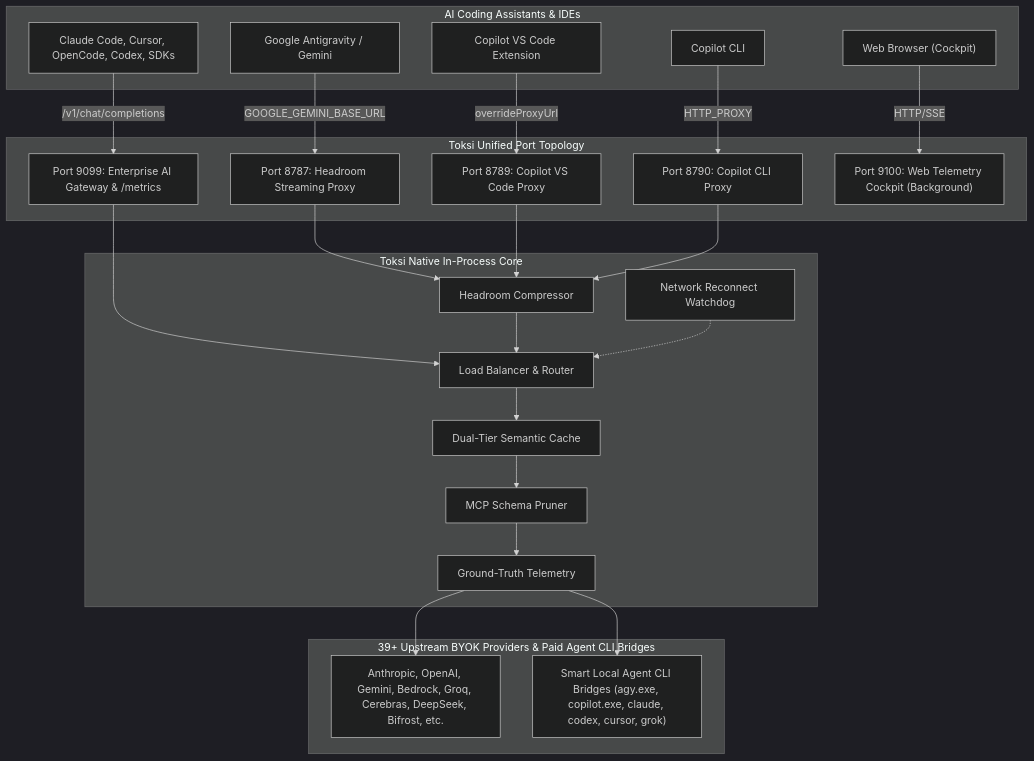
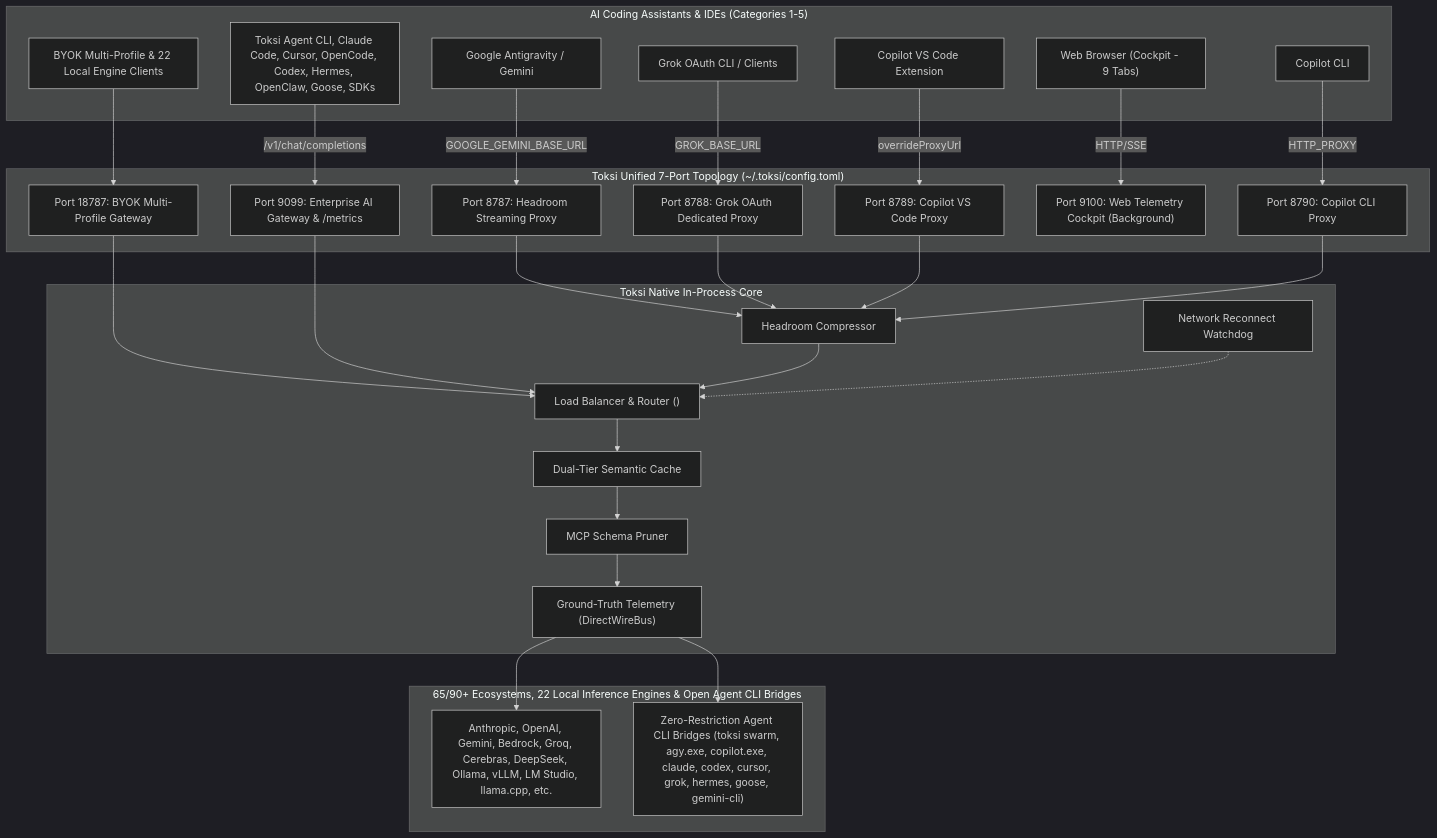
The diagram in crates/toksi/CONSOLIDATION_PLAN.md (Navegos/neo), drawn with Mermaid (dark theme) before and after one commit. The commit also changed other lines of this file and 153 other files, not shown here.

First line of the commit message:
Add comprehensive reference for local inference engines with API details

````diff
--- a/crates/toksi/CONSOLIDATION_PLAN.md
+++ b/crates/toksi/CONSOLIDATION_PLAN.md
@@ -742,52 +740,60 @@
 ```mermaid
 flowchart TD
-    subgraph ClientLayer["AI Coding Assistants & IDEs"]
+    subgraph ClientLayer["AI Coding Assistants & IDEs (Categories 1-5)"]
         Antigravity["Google Antigravity / Gemini"]
+        GrokOAuth["Grok OAuth CLI / Clients"]
         CopilotVS["Copilot VS Code Extension"]
         CopilotCLI["Copilot CLI"]
-        SDKAgents["Claude Code, Cursor, OpenCode, Codex, SDKs"]
-        Browser["Web Browser (Cockpit)"]
+        SDKAgents["Toksi Agent CLI, Claude Code, Cursor, OpenCode, Codex, Hermes, OpenClaw, Goose, SDKs"]
+        BYOKClients["BYOK Multi-Profile & 22 Local Engine Clients"]
+        Browser["Web Browser (Cockpit - 9 Tabs)"]
     end
 
-    subgraph ToksiPorts["Toksi Unified Port Topology"]
+    subgraph ToksiPorts["Toksi Unified 7-Port Topology (~/.toksi/config.toml)"]
         P8787["Port 8787: Headroom Streaming Proxy"]
+        P8788["Port 8788: Grok OAuth Dedicated Proxy"]
         P8789["Port 8789: Copilot VS Code Proxy"]
         P8790["Port 8790: Copilot CLI Proxy"]
         P9099["Port 9099: Enterprise AI Gateway & /metrics"]
         P9100["Port 9100: Web Telemetry Cockpit (Background)"]
+        P18787["Port 18787: BYOK Multi-Profile Gateway"]
     end
 
     subgraph Engine["Toksi Native In-Process Core"]
-        LB["Load Balancer & Router"]
+        LB["Load Balancer & Router (<byok, model, effort>)"]
         Cache["Dual-Tier Semantic Cache"]
         Pruner["MCP Schema Pruner"]
         Compress["Headroom Compressor"]
-        Telemetry["Ground-Truth Telemetry"]
+        Telemetry["Ground-Truth Telemetry (DirectWireBus)"]
         Watchdog["Network Reconnect Watchdog"]
     end
 
-    subgraph Providers["39+ Upstream BYOK Providers & Paid Agent CLI Bridges"]
-        Upstream["Anthropic, OpenAI, Gemini, Bedrock, Groq, Cerebras, DeepSeek, Bifrost, etc."]
-        AgentCLIs["Smart Local Agent CLI Bridges (agy.exe, copilot.exe, claude, codex, cursor, grok)"]
+    subgraph Providers["65/90+ Ecosystems, 22 Local Inference Engines & Open Agent CLI Bridges"]
+        Upstream["Anthropic, OpenAI, Gemini, Bedrock, Groq, Cerebras, DeepSeek, Ollama, vLLM, LM Studio, llama.cpp, etc."]
+        AgentCLIs["Zero-Restriction Agent CLI Bridges (toksi swarm, agy.exe, copilot.exe, claude, codex, cursor, grok, hermes, goose, gemini-cli)"]
     end
 
     Antigravity -->|"GOOGLE_GEMINI_BASE_URL"| P8787
+    GrokOAuth -->|"GROK_BASE_URL"| P8788
     CopilotVS -->|"overrideProxyUrl"| P8789
     CopilotCLI -->|"HTTP_PROXY"| P8790
     SDKAgents -->|"/v1/chat/completions"| P9099
+    BYOKClients -->|"<byok, model, effort>"| P18787
     Browser -->|"HTTP/SSE"| P9100
 
     P8787 --> Compress
+    P8788 --> Compress
+    P18787 --> LB
     P8789 --> Compress
     P8790 --> Compress
     P9099 --> LB
 
     Compress --> LB
     LB --> Cache
     Cache --> Pruner
     Pruner --> Telemetry
     Watchdog -.-> LB
 
     Telemetry --> Upstream
     Telemetry --> AgentCLIs
 ```
````
